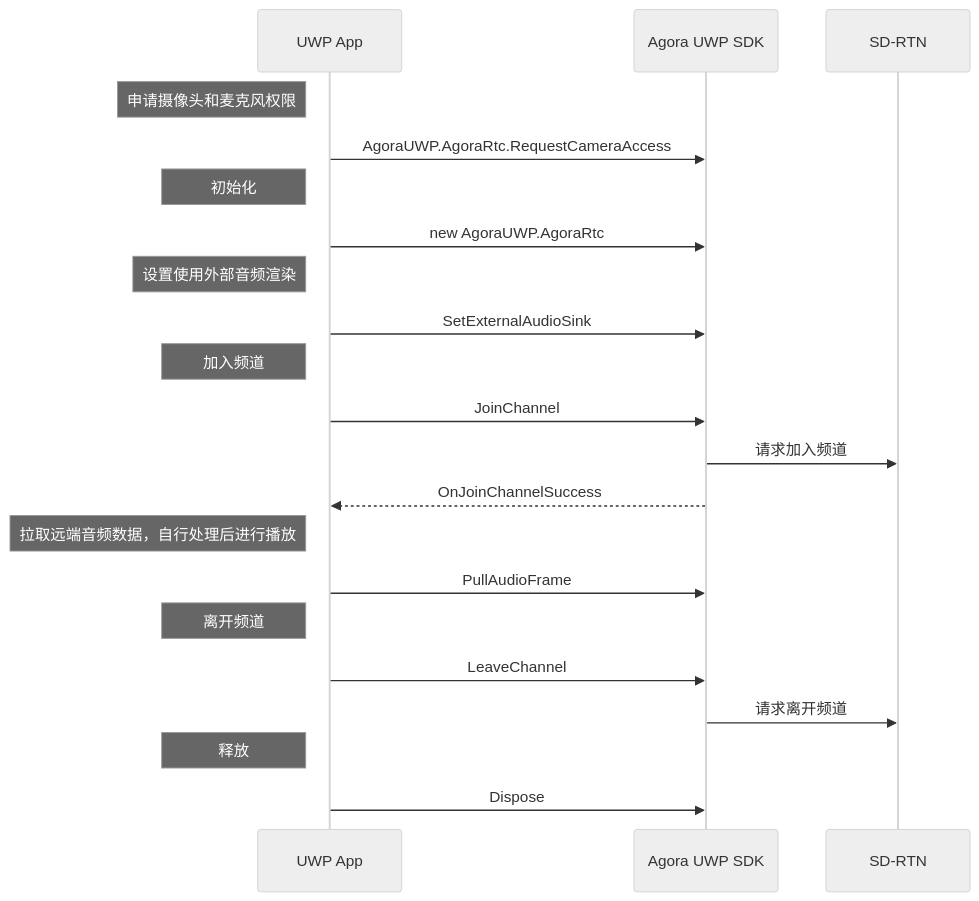
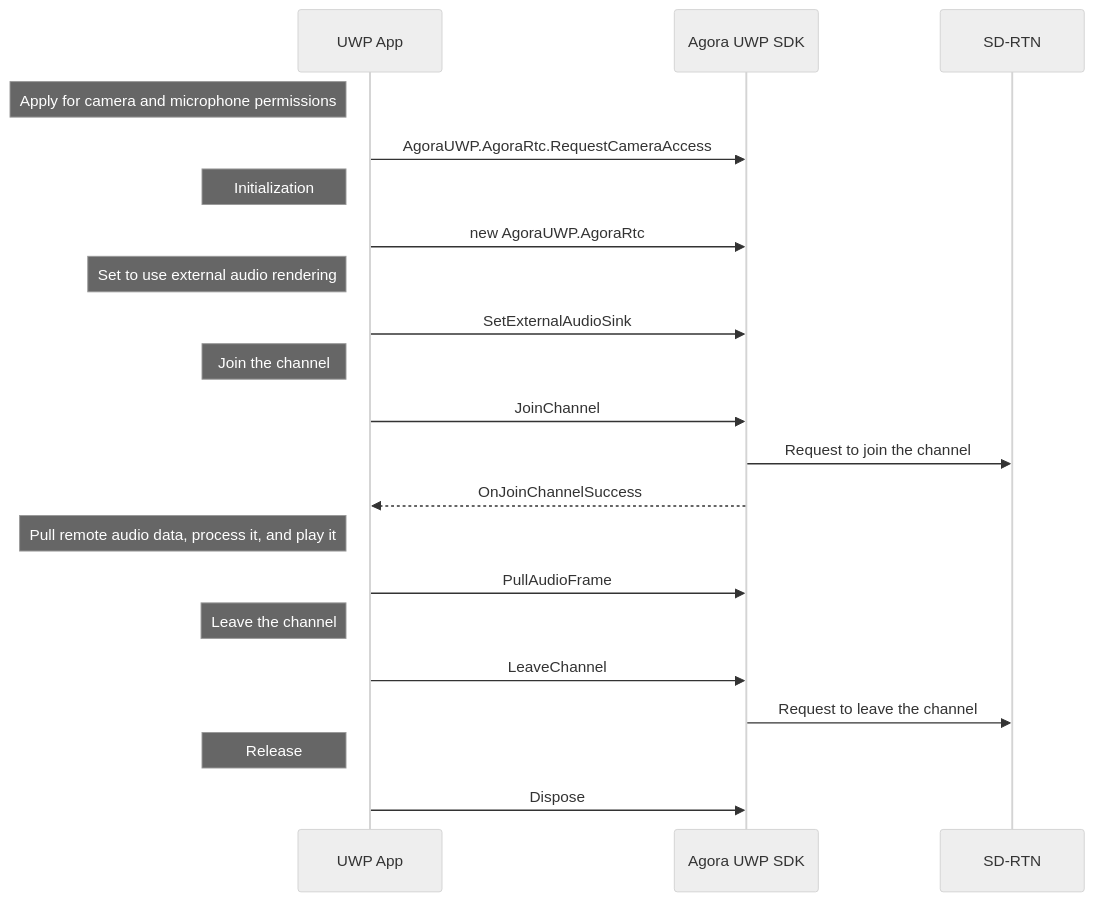
Before and after one commit to AgoraIO-Community/AgoraWinRT: the third of 3 diagrams in README.md, drawn with Mermaid (neutral theme). The commit also changed other lines of this file and 5 other files, not shown here.

````diff
--- a/README.md
+++ b/README.md
@@ -347,23 +355,23 @@
 ```mermaid
 sequenceDiagram
 participant UWP as UWP App
 participant SDK as Agora UWP SDK
 participant Agora as SD-RTN
-Note left of UWP: 申请摄像头和麦克风权限
+Note left of UWP: Apply for camera and microphone permissions
 UWP->>SDK: AgoraUWP.AgoraRtc.RequestCameraAccess
-Note left of UWP: 初始化
+Note left of UWP: Initialization
 UWP->>SDK: new AgoraUWP.AgoraRtc
-Note left of UWP: 设置使用外部音频渲染
+Note left of UWP: Set to use external audio rendering
 UWP->>SDK: SetExternalAudioSink
-Note left of UWP: 加入频道
+Note left of UWP: Join the channel
 UWP->>SDK: JoinChannel
-SDK->>Agora: 请求加入频道
+SDK->>Agora: Request to join the channel
 SDK-->>UWP: OnJoinChannelSuccess
-Note left of UWP: 拉取远端音频数据，自行处理后进行播放
+Note left of UWP: Pull remote audio data, process it, and play it
 UWP->>SDK: PullAudioFrame
-Note left of UWP: 离开频道
+Note left of UWP: Leave the channel
 UWP->>SDK: LeaveChannel
-SDK->>Agora: 请求离开频道
-Note left of UWP: 释放
+SDK->>Agora: Request to leave the channel
+Note left of UWP: Release
 UWP->>SDK: Dispose
 ```
````
